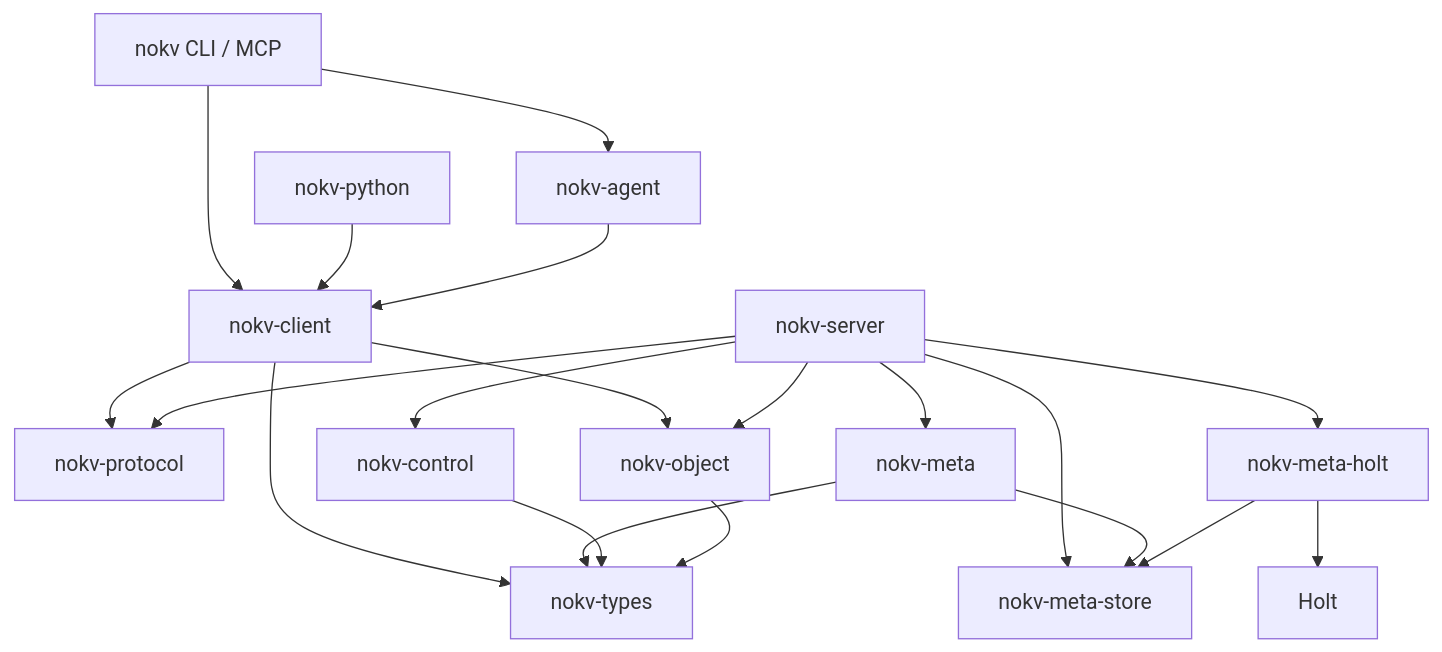
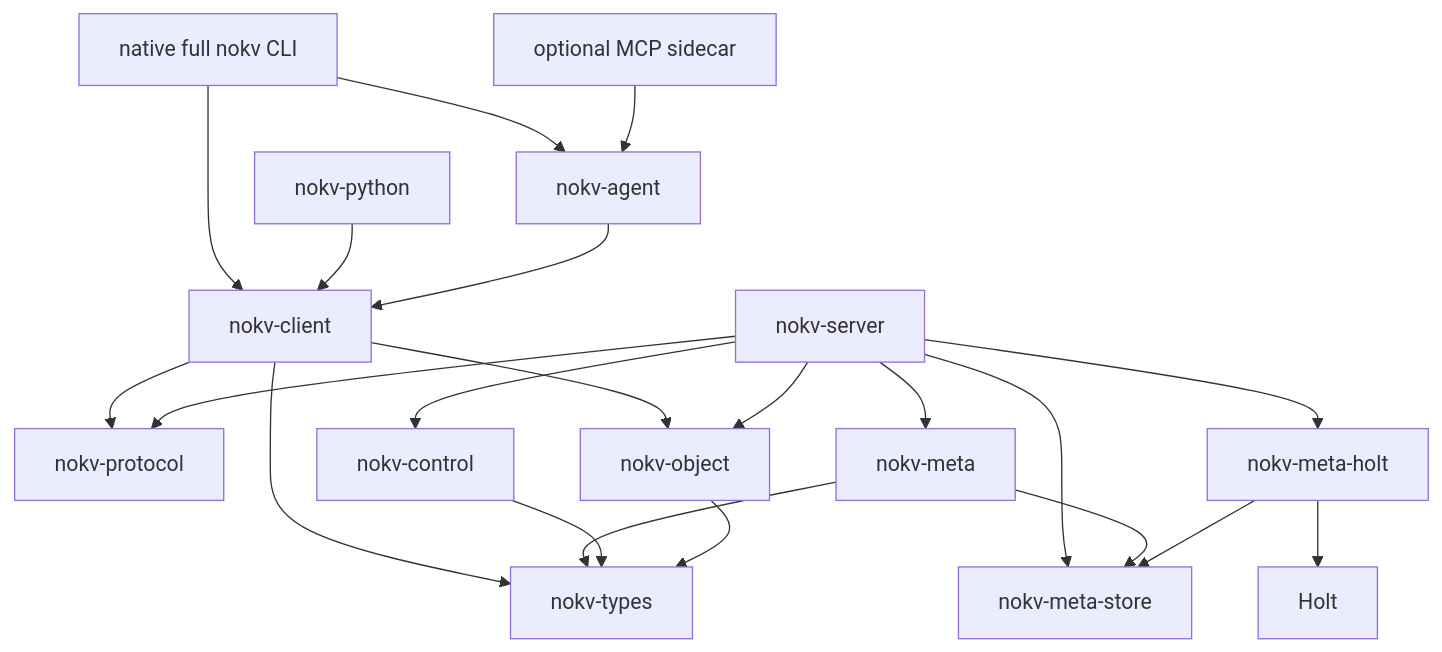
Before and after one commit to NoKV-Lab/NoKV: the second of 5 diagrams in docs/architecture.md, drawn with Mermaid. The commit also changed other lines of this file and 25 other files, not shown here.

Commit message:
docs: make MCP an optional Workbench sidecar

````diff
--- a/docs/architecture.md
+++ b/docs/architecture.md
@@ -41,23 +45,24 @@
 ```mermaid
 flowchart TD
-    CLI["nokv CLI / MCP"] --> Agent["nokv-agent"]
+    CLI["native full nokv CLI"] --> Agent["nokv-agent"]
+    Sidecar["optional MCP sidecar"] --> Agent
     CLI --> Client["nokv-client"]
     Python["nokv-python"] --> Client
     Agent --> Client
     Client --> Protocol["nokv-protocol"]
     Client --> Object["nokv-object"]
     Client --> Types["nokv-types"]
 
     Server["nokv-server"] --> Protocol
     Server --> Meta["nokv-meta"]
     Server --> Store["nokv-meta-store"]
     Server --> HoltAdapter["nokv-meta-holt"]
     Server --> Control["nokv-control"]
     Server --> Object
     Meta --> Types
     Meta --> Store
     HoltAdapter --> Store
     HoltAdapter --> Holt["Holt"]
     Control --> Types
     Object --> Types
 ```
````
